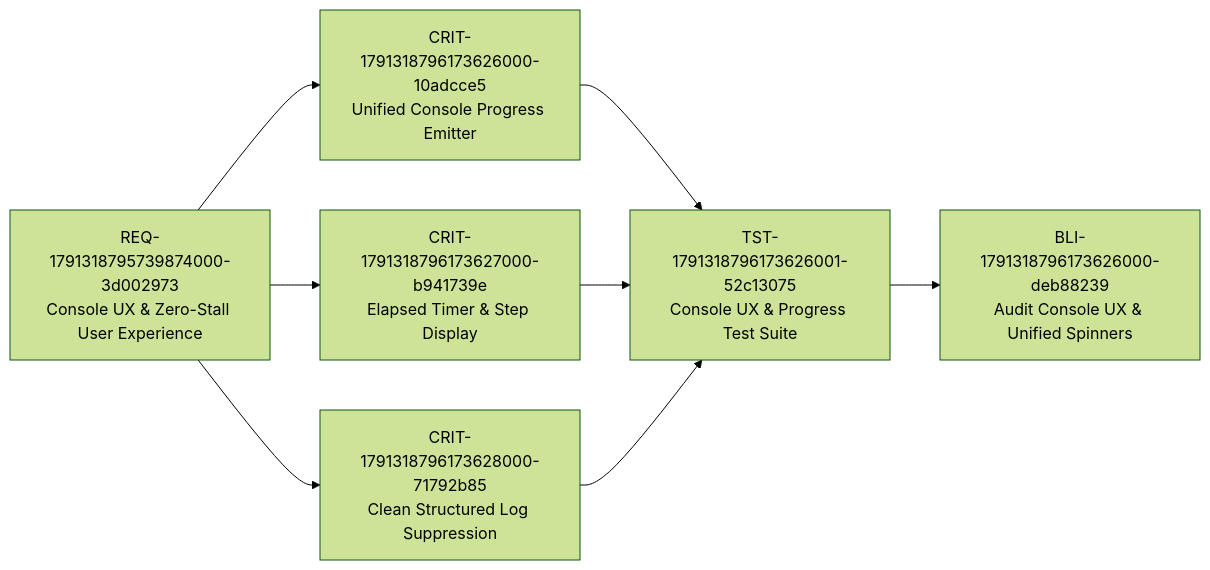
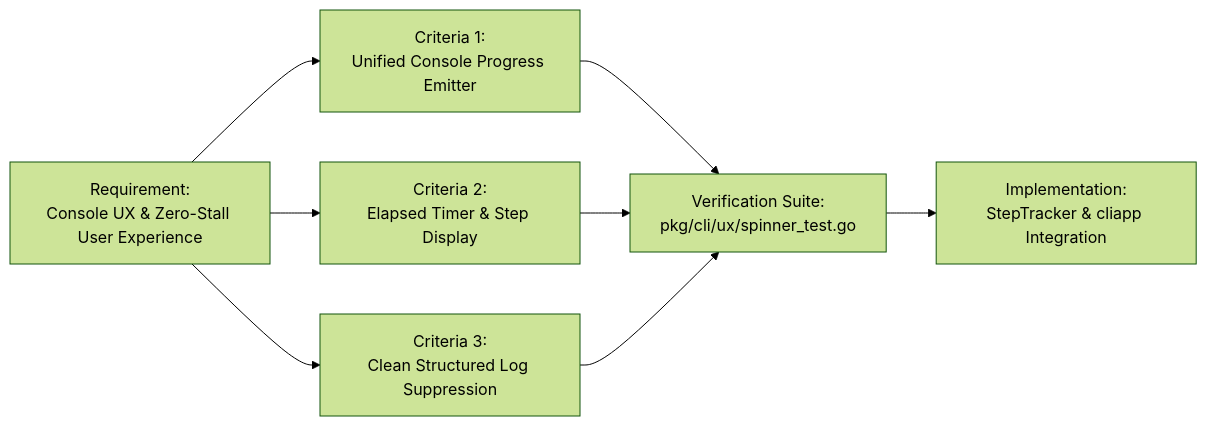
Before and after one commit to zqk-os/zqk: the fourth of 4 diagrams in docs/quality/codebase_evaluation/CONSOLE_UX_AUDIT.md, drawn with Mermaid (forest theme). The commit also changed other lines of this file and 5 other files, not shown here.

````diff
--- a/docs/quality/codebase_evaluation/CONSOLE_UX_AUDIT.md
+++ b/docs/quality/codebase_evaluation/CONSOLE_UX_AUDIT.md
@@ -119,17 +118,17 @@
 ```mermaid
 flowchart LR
-    REQ["REQ-1791318795739874000-3d002973<br/>Console UX & Zero-Stall User Experience"]
-    CRIT1["CRIT-1791318796173626000-10adcce5<br/>Unified Console Progress Emitter"]
-    CRIT2["CRIT-1791318796173627000-b941739e<br/>Elapsed Timer & Step Display"]
-    CRIT3["CRIT-1791318796173628000-71792b85<br/>Clean Structured Log Suppression"]
-    TST["TST-1791318796173626001-52c13075<br/>Console UX & Progress Test Suite"]
-    BLI["BLI-1791318796173626000-deb88239<br/>Audit Console UX & Unified Spinners"]
+    REQ["Requirement:<br/>Console UX & Zero-Stall User Experience"]
+    CRIT1["Criteria 1:<br/>Unified Console Progress Emitter"]
+    CRIT2["Criteria 2:<br/>Elapsed Timer & Step Display"]
+    CRIT3["Criteria 3:<br/>Clean Structured Log Suppression"]
+    TST["Verification Suite:<br/>pkg/cli/ux/spinner_test.go"]
+    IMPL["Implementation:<br/>StepTracker & cliapp Integration"]
 
     REQ --> CRIT1
     REQ --> CRIT2
     REQ --> CRIT3
     CRIT1 --> TST
     CRIT2 --> TST
     CRIT3 --> TST
-    TST --> BLI
+    TST --> IMPL
 ```
````
